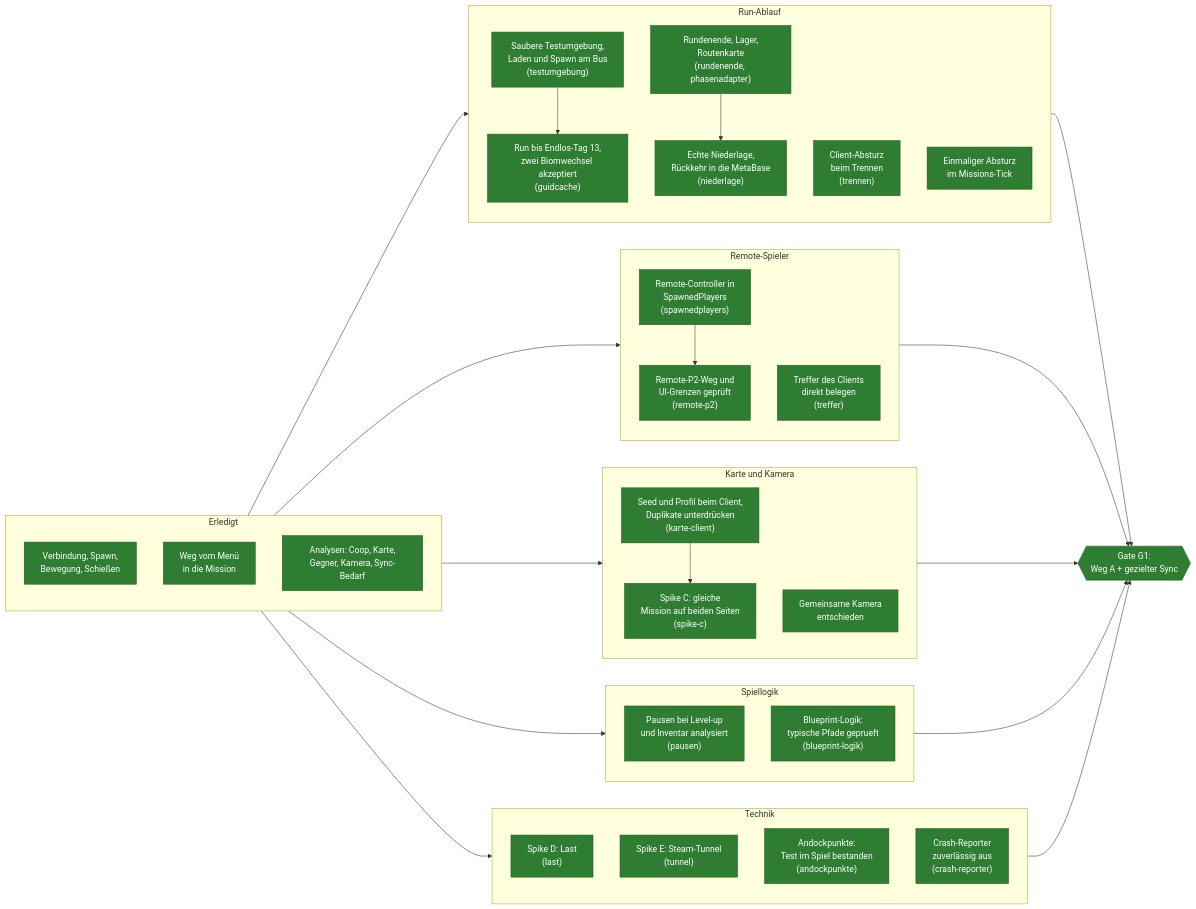
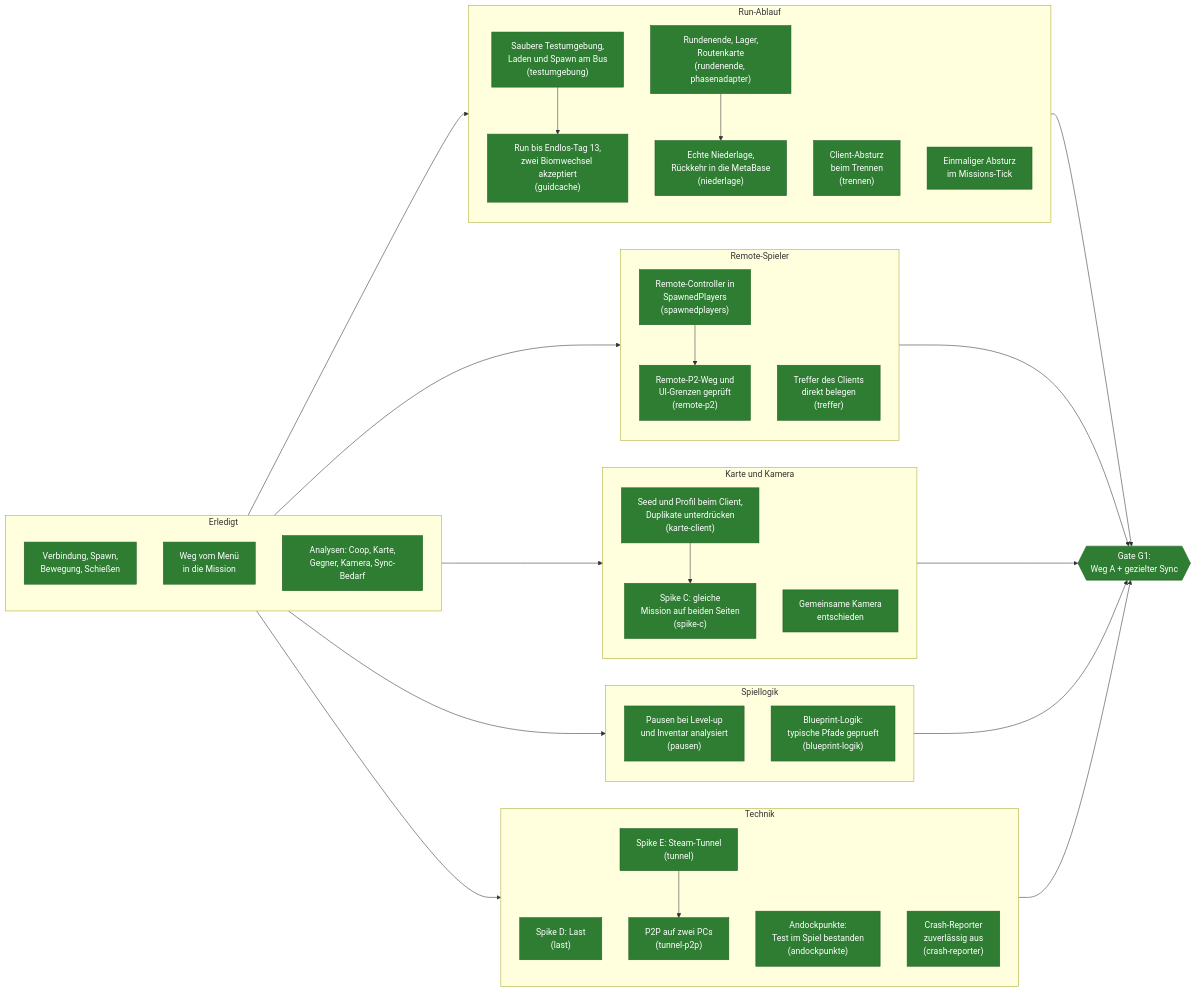
Before and after one commit to VitaminStack/Deadly-Days-Roadtrip-Multiplayer-Mod: the second of 4 diagrams in docs/ROADMAP.md, drawn with Mermaid. The commit also changed other lines of this file and 5 other files, not shown here.

First line of the commit message:
tunnel-p2p: P2P-Tunnel auf zwei PCs bis in die Mission belegt (#80)

````diff
--- a/docs/ROADMAP.md
+++ b/docs/ROADMAP.md
@@ -81,66 +81,68 @@
 ```mermaid
 flowchart LR
     subgraph BASIS["Erledigt"]
         A1["Verbindung, Spawn,<br/>Bewegung, Schießen"]:::done
         A2["Weg vom Menü<br/>in die Mission"]:::done
         A3["Analysen: Coop, Karte,<br/>Gegner, Kamera, Sync-Bedarf"]:::done
     end
 
     subgraph RUN["Run-Ablauf"]
         TE["Saubere Testumgebung,<br/>Laden und Spawn am Bus<br/>(testumgebung)"]:::done
         T3["Run bis Endlos-Tag 13,<br/>zwei Biomwechsel akzeptiert<br/>(guidcache)"]:::done
         TE --> T3
         RE["Rundenende, Lager,<br/>Routenkarte<br/>(rundenende, phasenadapter)"]:::done
         NI["Echte Niederlage,<br/>Rückkehr in die MetaBase<br/>(niederlage)"]:::done
         TR["Client-Absturz<br/>beim Trennen<br/>(trennen)"]:::done
         MT["Einmaliger Absturz<br/>im Missions-Tick"]:::done
         RE --> NI
     end
 
     subgraph SPIELER["Remote-Spieler"]
         SP["Remote-Controller in<br/>SpawnedPlayers<br/>(spawnedplayers)"]:::done
         RP["Remote-P2-Weg und<br/>UI-Grenzen geprüft<br/>(remote-p2)"]:::done
         TF["Treffer des Clients<br/>direkt belegen<br/>(treffer)"]:::done
         SP --> RP
     end
 
     subgraph WELT["Karte und Kamera"]
         KC["Seed und Profil beim Client,<br/>Duplikate unterdrücken<br/>(karte-client)"]:::done
         SC["Spike C: gleiche<br/>Mission auf beiden Seiten<br/>(spike-c)"]:::done
         KE["Gemeinsame Kamera<br/>entschieden"]:::done
         KC --> SC
     end
 
     subgraph LOGIK["Spiellogik"]
         PA["Pausen bei Level-up<br/>und Inventar analysiert<br/>(pausen)"]:::done
         BP["Blueprint-Logik:<br/>typische Pfade geprueft<br/>(blueprint-logik)"]:::done
     end
 
     subgraph TECHNIK["Technik"]
         LA["Spike D: Last<br/>(last)"]:::done
         TU["Spike E: Steam-Tunnel<br/>(tunnel)"]:::done
+        TP["P2P auf zwei PCs<br/>(tunnel-p2p)"]:::done
+        TU --> TP
         AP["Andockpunkte:<br/>Test im Spiel bestanden<br/>(andockpunkte)"]:::done
         CR["Crash-Reporter<br/>zuverlässig aus<br/>(crash-reporter)"]:::done
     end
 
     BASIS --> RUN
     BASIS --> SPIELER
     BASIS --> WELT
     BASIS --> LOGIK
     BASIS --> TECHNIK
 
     RUN --> G1
     SPIELER --> G1
     WELT --> G1
     LOGIK --> G1
     TECHNIK --> G1
 
     G1{{"Gate G1:<br/>Weg A + gezielter Sync"}}:::done
 
     classDef done fill:#2e7d32,stroke:#1b5e20,color:#ffffff
     classDef wip fill:#f9a825,stroke:#b27a00,color:#1a1a1a
     classDef open fill:#eceff1,stroke:#607d8b,color:#1a1a1a
     classDef blocker fill:#c62828,stroke:#7f1d1d,color:#ffffff
     classDef decision fill:#ef6c00,stroke:#a34800,color:#ffffff
     classDef gate fill:#6a1b9a,stroke:#3e1163,color:#ffffff
 ```
````
